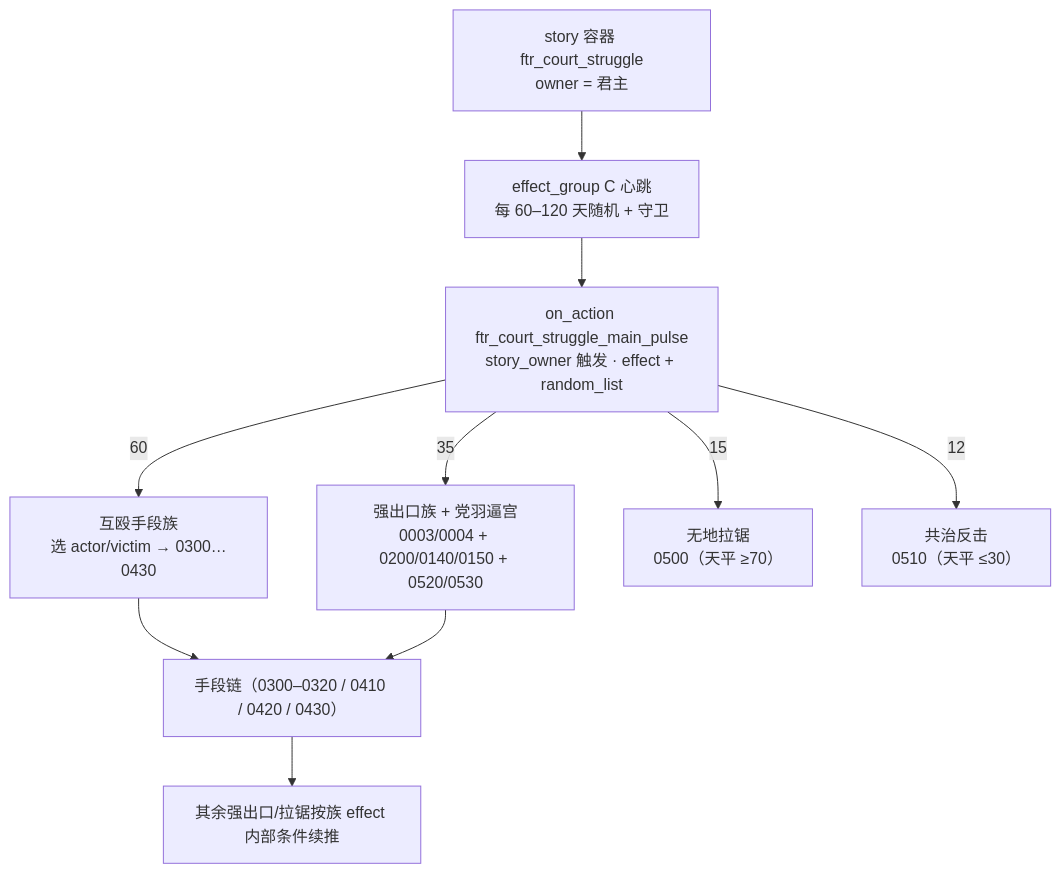
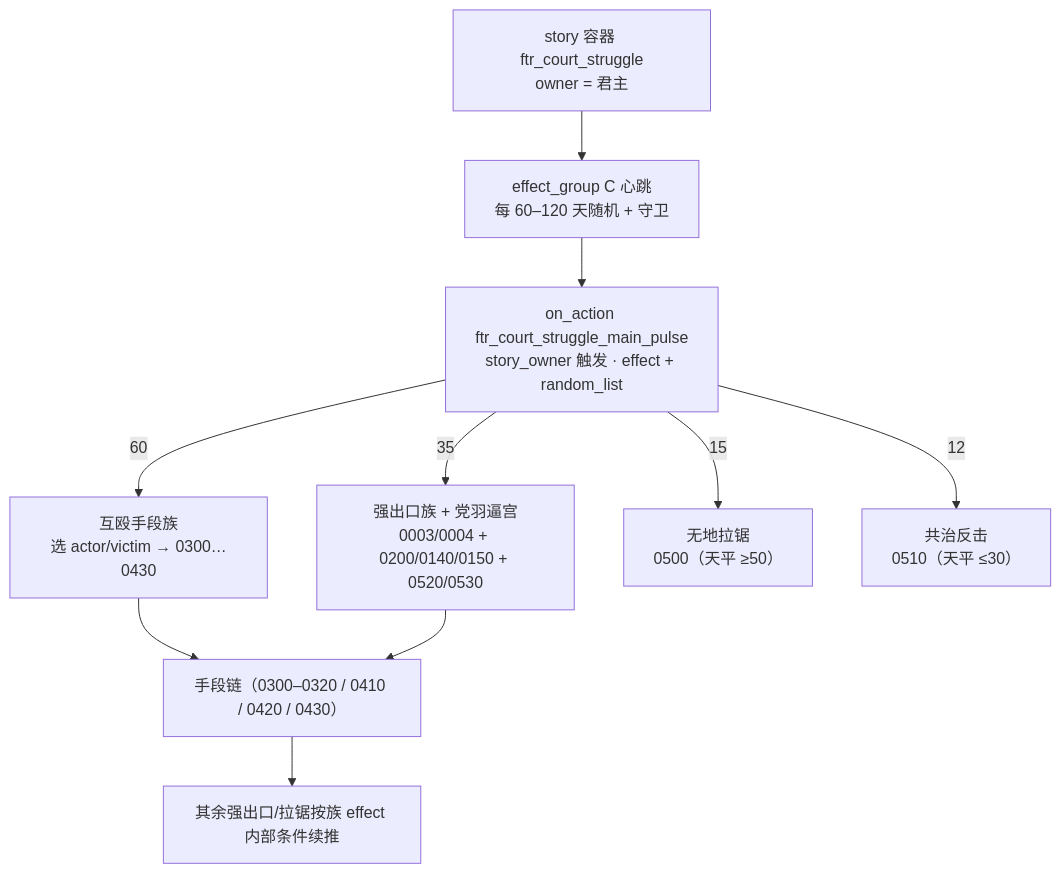
The diagram in document/task_design/01-朝堂权力角逐-系统设计.md (FeronCompany/ck3_for_the_realm), drawn with Mermaid before and after one commit. The commit also changed other lines of this file and 28 other files, not shown here.

````diff
--- a/document/task_design/01-朝堂权力角逐-系统设计.md
+++ b/document/task_design/01-朝堂权力角逐-系统设计.md
@@ -205,12 +206,12 @@
 ```mermaid
 flowchart TD
     ST["story 容器 ftr_court_struggle<br/>owner = 君主"] --> EG["effect_group C 心跳<br/>每 60–120 天随机 + 守卫"]
     EG -->     OA["on_action ftr_court_struggle_main_pulse<br/>story_owner 触发 · effect + random_list"]
     OA -- 60 --> F1["互殴手段族<br/>选 actor/victim → 0300…0430"]
     OA -- 35 --> F2["强出口族 + 党羽逼宫<br/>0003/0004 + 0200/0140/0150 + 0520/0530"]
-    OA -- 15 --> F3["无地拉锯<br/>0500（天平 ≥70）"]
+    OA -- 15 --> F3["无地拉锯<br/>0500（天平 ≥50）"]
     OA -- 12 --> F4["共治反击<br/>0510（天平 ≤30）"]
     F1 --> D["手段链（0300–0320 / 0410 / 0420 / 0430）"]
     F2 --> D
     D --> R["其余强出口/拉锯按族 effect 内部条件续推"]
 ```
````
